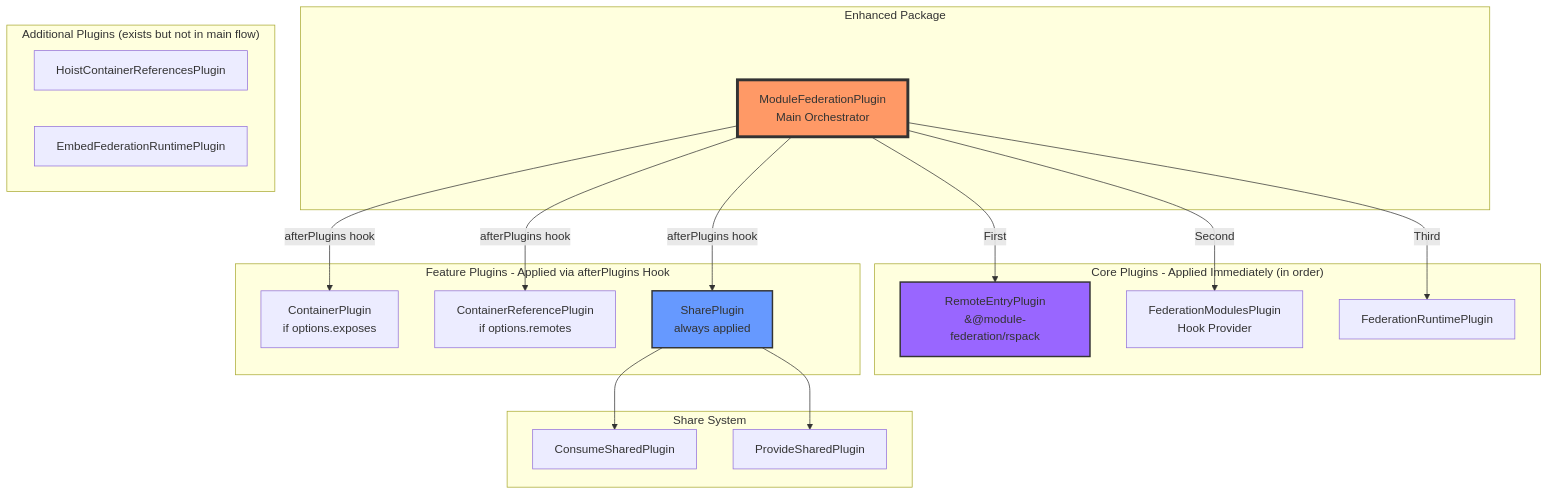
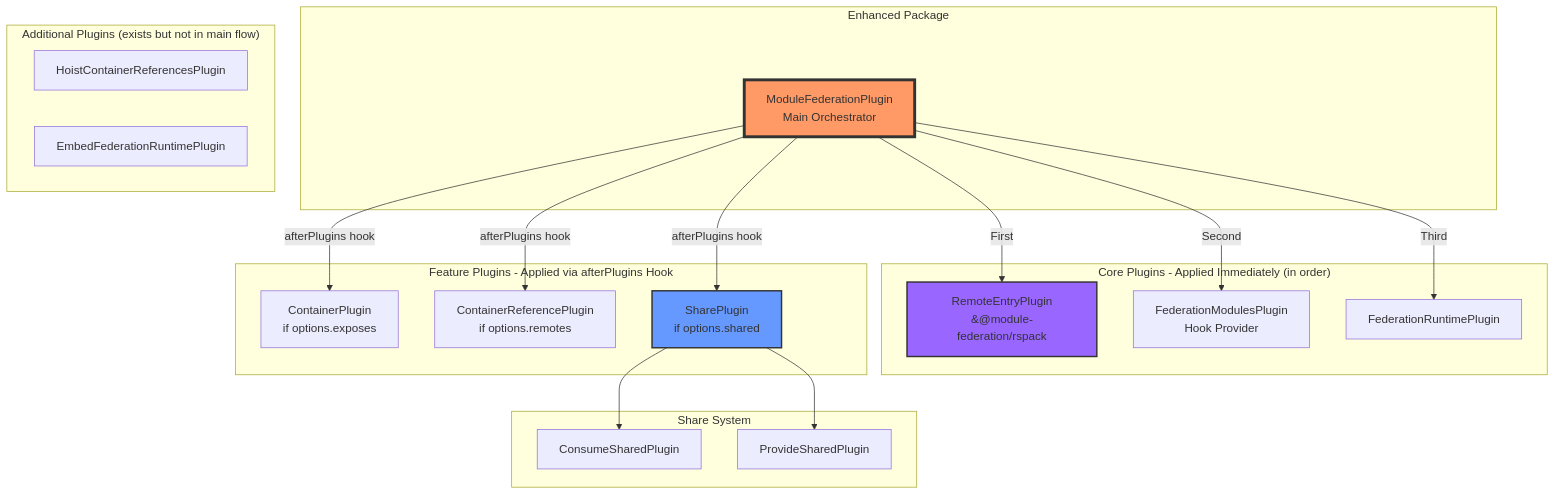
The first of 5 diagrams in arch-doc/plugin-architecture.md (module-federation/core), drawn with Mermaid before and after one commit. The commit also changed other lines of this file and 32 other files, not shown here.

Commit message:
docs: restructure architecture docs (#4859)

````diff
--- a/arch-doc/plugin-architecture.md
+++ b/arch-doc/plugin-architecture.md
@@ -17,42 +33,42 @@
 ```mermaid
 graph TB
     subgraph "Enhanced Package"
         MFP[ModuleFederationPlugin<br/>Main Orchestrator]
     end
 
     subgraph "Core Plugins - Applied Immediately (in order)"
         REP[RemoteEntryPlugin<br/>&#64;module-federation/rspack]
         FMP[FederationModulesPlugin<br/>Hook Provider]
         FRP[FederationRuntimePlugin]
     end
 
     subgraph "Feature Plugins - Applied via afterPlugins Hook"
         CP[ContainerPlugin<br/>if options.exposes]
         CRP[ContainerReferencePlugin<br/>if options.remotes]
-        SP[SharePlugin<br/>always applied]
+        SP[SharePlugin<br/>if options.shared]
     end
 
     subgraph "Share System"
         CSP[ConsumeSharedPlugin]
         PSP[ProvideSharedPlugin]
     end
 
     subgraph "Additional Plugins (exists but not in main flow)"
         HCP[HoistContainerReferencesPlugin]
         EFRP[EmbedFederationRuntimePlugin]
     end
 
     MFP -->|"First"| REP
     MFP -->|"Second"| FMP
     MFP -->|"Third"| FRP
     MFP -->|"afterPlugins hook"| CP
     MFP -->|"afterPlugins hook"| CRP
     MFP -->|"afterPlugins hook"| SP
-    
+
     SP --> CSP
     SP --> PSP
-    
+
     style MFP fill:#f96,stroke:#333,stroke-width:4px
     style REP fill:#96f,stroke:#333,stroke-width:2px
     style SP fill:#69f,stroke:#333,stroke-width:2px
 ```
````
